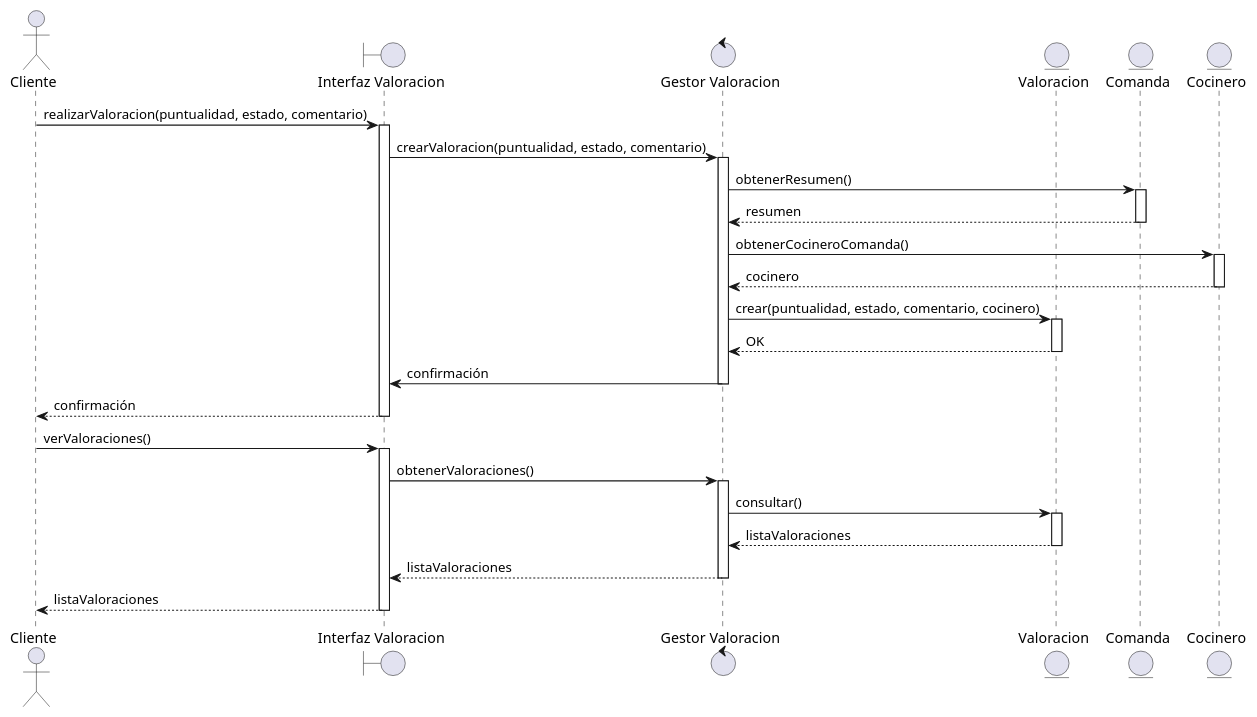
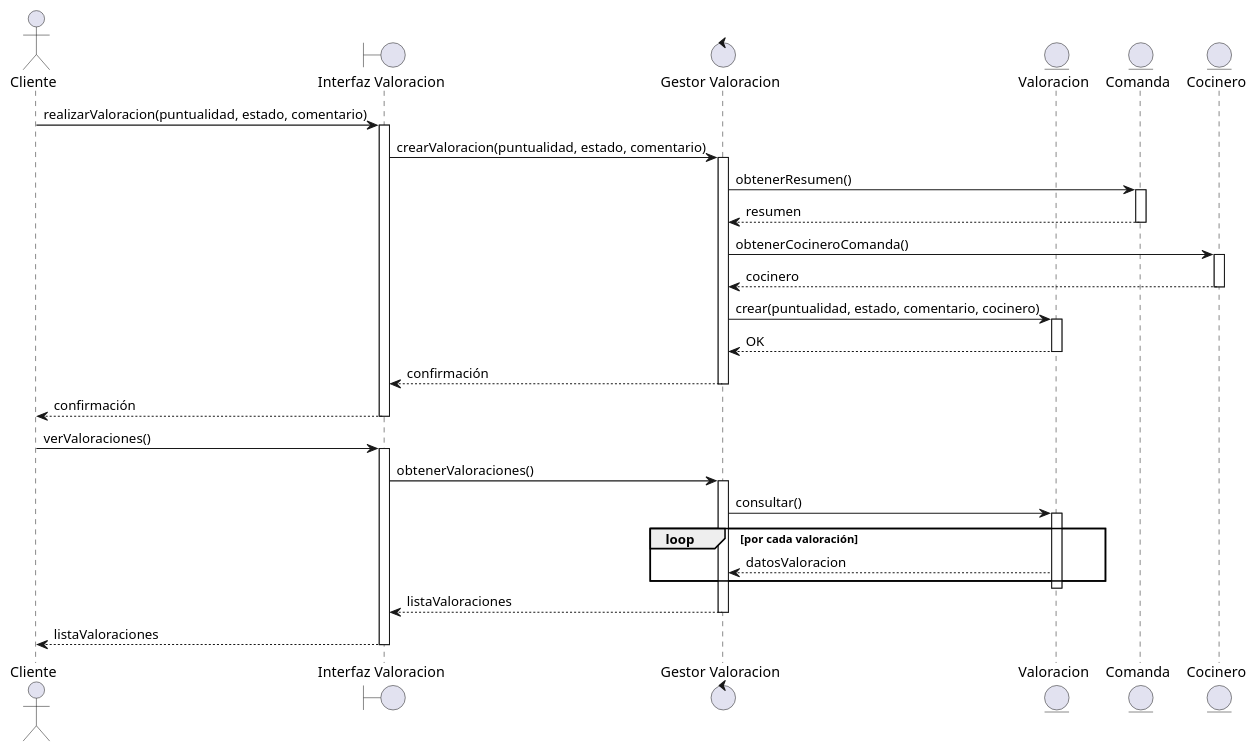
Before and after one commit to dabien3/ES25UAB-511-05: the diagram in documents/Diagramas Secuencia/CodigoUML/bloq5.pUML, drawn with PlantUML.

```diff
--- a/documents/Diagramas Secuencia/CodigoUML/bloq5.pUML
+++ b/documents/Diagramas Secuencia/CodigoUML/bloq5.pUML
@@ -1,48 +1,55 @@
 @startuml
 actor Cliente
 boundary "Interfaz Valoracion" as InterfazValoracion
 control "Gestor Valoracion" as GestorValoracion
 entity "Valoracion" as Valoracion
 entity "Comanda" as Comanda
 entity "Cocinero" as Cocinero
 
 Cliente -> InterfazValoracion : realizarValoracion(puntualidad, estado, comentario)
 activate InterfazValoracion
+
 InterfazValoracion -> GestorValoracion : crearValoracion(puntualidad, estado, comentario)
 activate GestorValoracion
 
 GestorValoracion -> Comanda : obtenerResumen()
 activate Comanda
 Comanda --> GestorValoracion : resumen
 deactivate Comanda
 
 GestorValoracion -> Cocinero : obtenerCocineroComanda()
 activate Cocinero
 Cocinero --> GestorValoracion : cocinero
 deactivate Cocinero
 
 GestorValoracion -> Valoracion : crear(puntualidad, estado, comentario, cocinero)
 activate Valoracion
 Valoracion --> GestorValoracion : OK
 deactivate Valoracion
 
-GestorValoracion -> InterfazValoracion : confirmación
+GestorValoracion --> InterfazValoracion : confirmación
 deactivate GestorValoracion
 
 InterfazValoracion --> Cliente : confirmación
 deactivate InterfazValoracion
 
 Cliente -> InterfazValoracion : verValoraciones()
 activate InterfazValoracion
+
 InterfazValoracion -> GestorValoracion : obtenerValoraciones()
 activate GestorValoracion
+
 GestorValoracion -> Valoracion : consultar()
 activate Valoracion
-Valoracion --> GestorValoracion : listaValoraciones
+loop por cada valoración
+Valoracion --> GestorValoracion : datosValoracion
+end
 deactivate Valoracion
+
 GestorValoracion --> InterfazValoracion : listaValoraciones
 deactivate GestorValoracion
+
 InterfazValoracion --> Cliente : listaValoraciones
 deactivate InterfazValoracion
 
 @enduml
```
